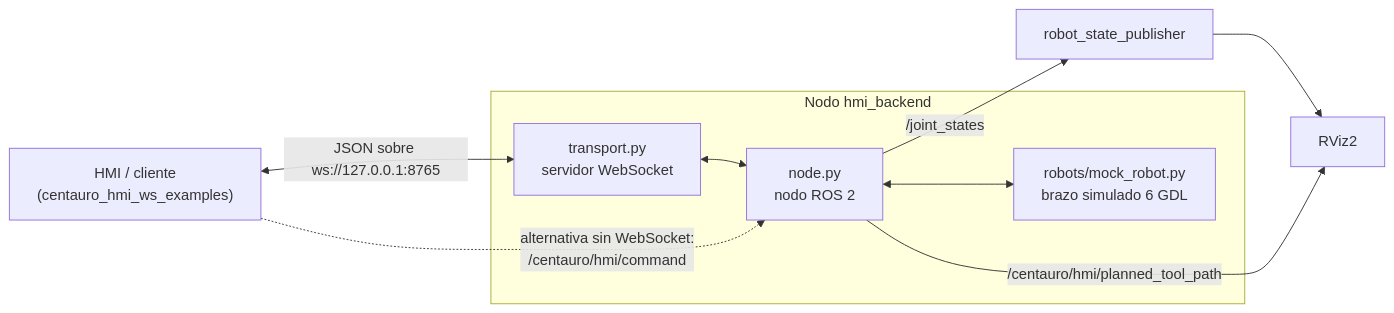
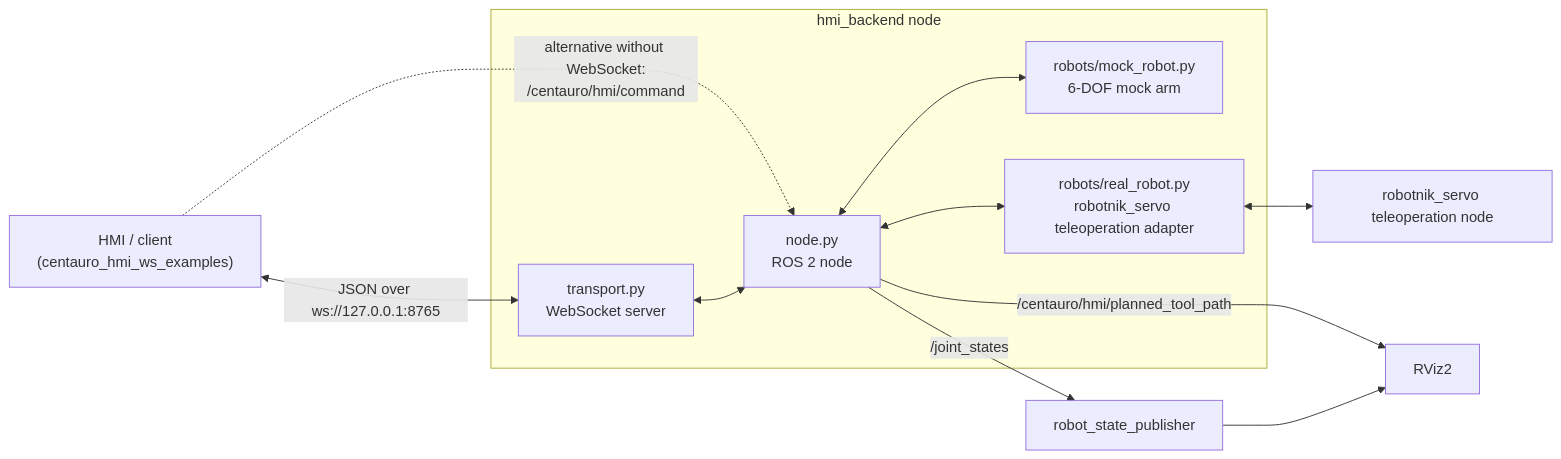
Before and after one commit to RobotnikAutomation/centauro_hmi_backend: the diagram in README.md, drawn with Mermaid. The commit also changed other lines of this file and 11 other files, not shown here.

Commit message:
Implemented robot.type: real befavior and tested on real robot. teleoperation works

````diff
--- a/README.md
+++ b/README.md
@@ -15,18 +18,22 @@
 ```mermaid
 flowchart LR
-    HMI["HMI / cliente<br/>(centauro_hmi_ws_examples)"]
-    subgraph backend["Nodo hmi_backend"]
-        T["transport.py<br/>servidor WebSocket"]
-        N["node.py<br/>nodo ROS 2"]
-        M["robots/mock_robot.py<br/>brazo simulado 6 GDL"]
+    HMI["HMI / client<br/>(centauro_hmi_ws_examples)"]
+    subgraph backend["hmi_backend node"]
+        T["transport.py<br/>WebSocket server"]
+        N["node.py<br/>ROS 2 node"]
+        M["robots/mock_robot.py<br/>6-DOF mock arm"]
+        A["robots/real_robot.py<br/>robotnik_servo teleoperation adapter"]
         T <--> N
         N <--> M
+        N <--> A
     end
+    TELEOPERATION_NODE["robotnik_servo teleoperation node"]
     RSP["robot_state_publisher"]
     RVIZ["RViz2"]
 
-    HMI <-->|"JSON sobre ws://127.0.0.1:8765"| T
-    HMI -.->|"alternativa sin WebSocket:<br/>/centauro/hmi/command"| N
+    HMI <-->|"JSON over ws://127.0.0.1:8765"| T
+    HMI -.->|"alternative without WebSocket:<br/>/centauro/hmi/command"| N
+    A <--> TELEOPERATION_NODE
     N -->|"/joint_states"| RSP --> RVIZ
     N -->|"/centauro/hmi/planned_tool_path"| RVIZ
 ```
````
